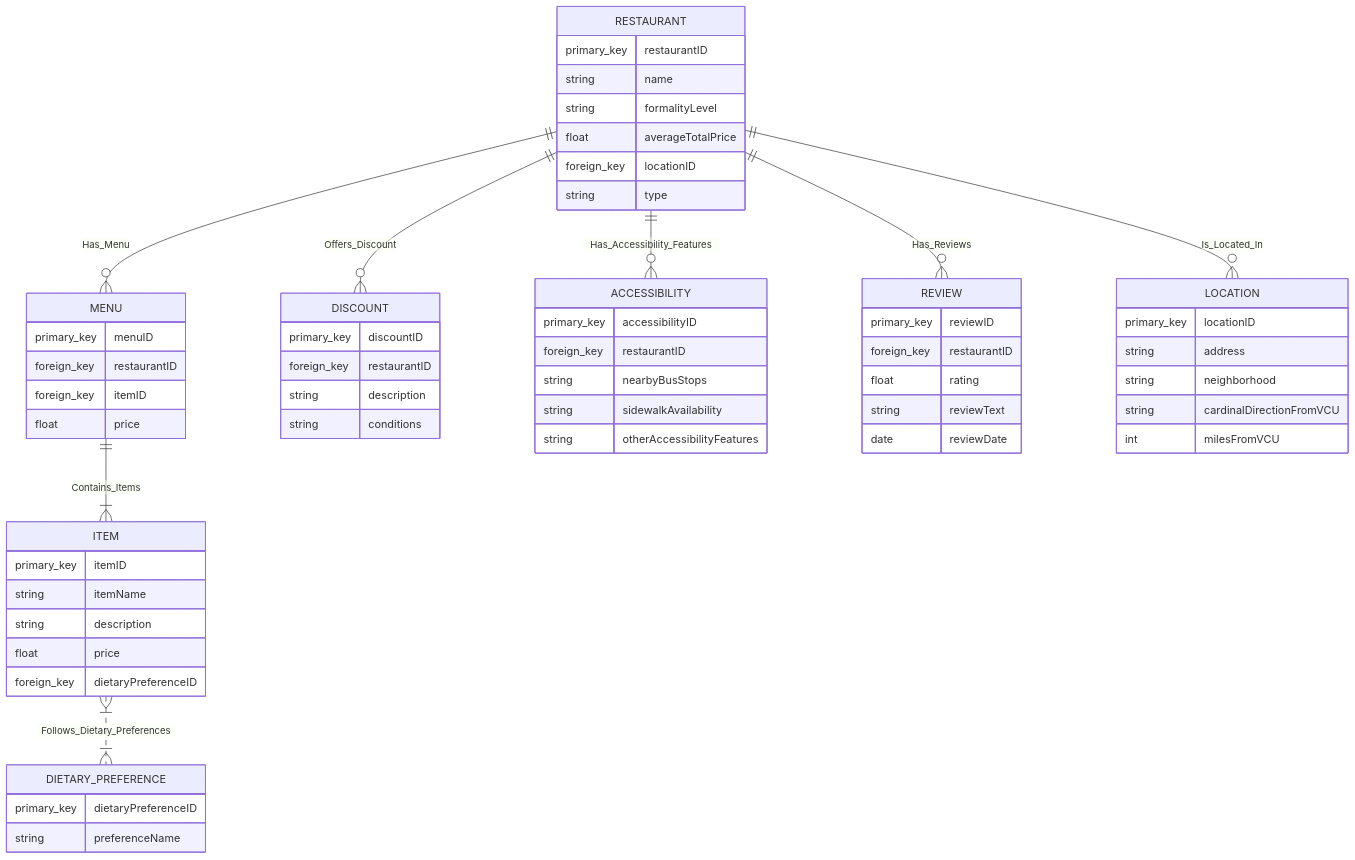
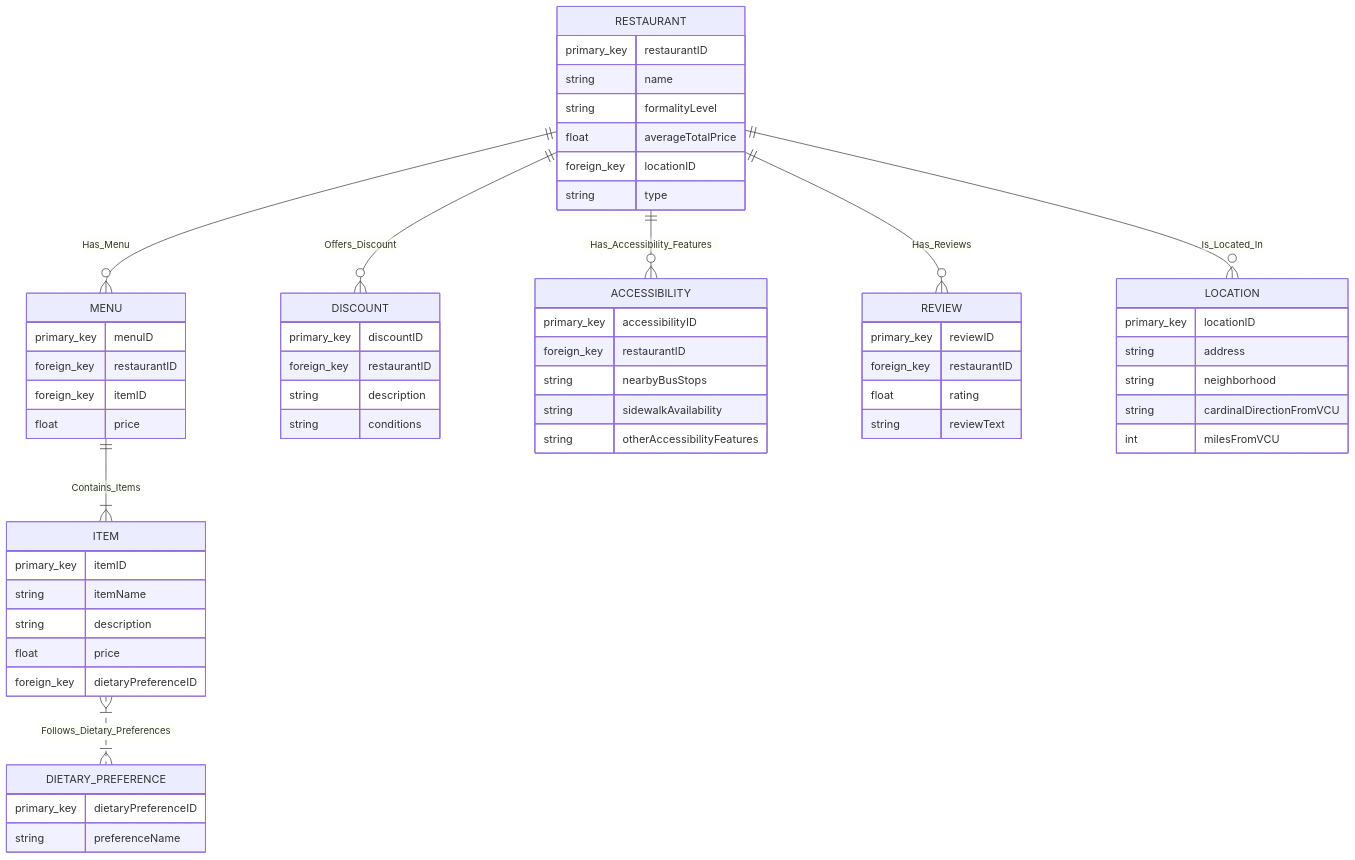
Before and after one commit to a-welk/VCU-restaurant-database: the first of 2 diagrams in reports/deliver7.qmd, drawn with Mermaid. The commit also changed other lines of this file, not shown here.

````diff
--- a/reports/deliver7.qmd
+++ b/reports/deliver7.qmd
@@ -100,74 +100,73 @@
 ```{mermaid}
 
 erDiagram
 
     RESTAURANT ||--o{ MENU : Has_Menu
     RESTAURANT ||--o{ DISCOUNT : Offers_Discount
     RESTAURANT ||--o{ ACCESSIBILITY : Has_Accessibility_Features
     RESTAURANT ||--o{ REVIEW : Has_Reviews
     RESTAURANT ||--o{ LOCATION : Is_Located_In
     MENU ||--|{ ITEM : Contains_Items
     ITEM }|..|{ DIETARY_PREFERENCE : Follows_Dietary_Preferences
 
     RESTAURANT {
         primary_key restaurantID
         string name 
         string formalityLevel
         float averageTotalPrice
         foreign_key locationID
         string type
     }
 
     LOCATION {
         primary_key locationID
         string address
         string neighborhood
         string cardinalDirectionFromVCU
         int milesFromVCU
     }
 
     MENU {
         primary_key menuID
         foreign_key restaurantID
         foreign_key itemID
         float price
     }
 
     ITEM {
         primary_key itemID
         string itemName
         string description
         float price
         foreign_key dietaryPreferenceID
     }
 
     DISCOUNT {
         primary_key discountID
         foreign_key restaurantID
         string description
         string conditions
     }
 
     ACCESSIBILITY {
         primary_key accessibilityID
         foreign_key restaurantID
         string nearbyBusStops
         string sidewalkAvailability
         string otherAccessibilityFeatures
     }
 
     REVIEW {
         primary_key reviewID
         foreign_key restaurantID
         float rating
         string reviewText
-        date reviewDate
     }
 
     DIETARY_PREFERENCE {
         primary_key dietaryPreferenceID
         string preferenceName
     }
 
     
 ``` 
````
